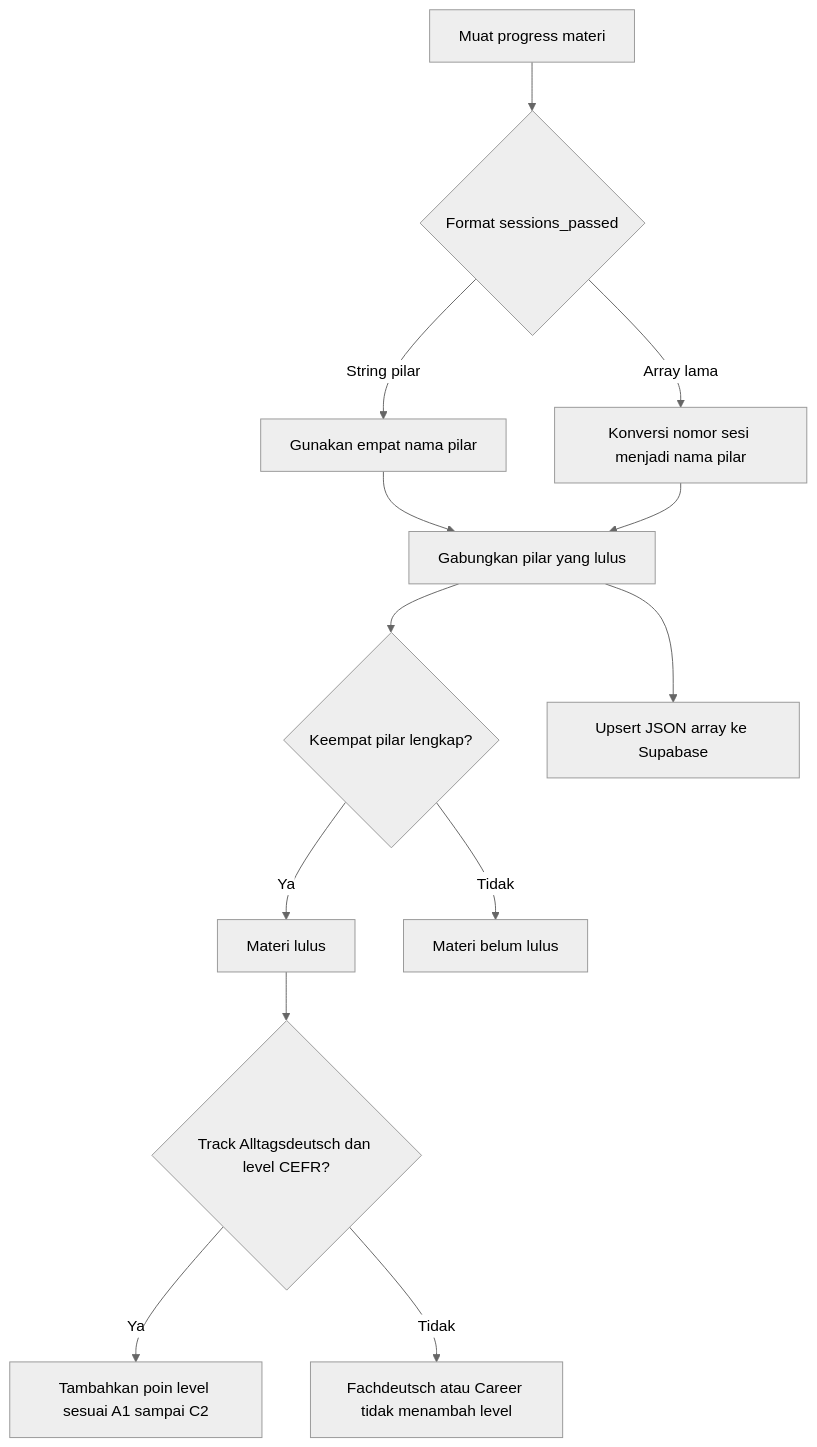
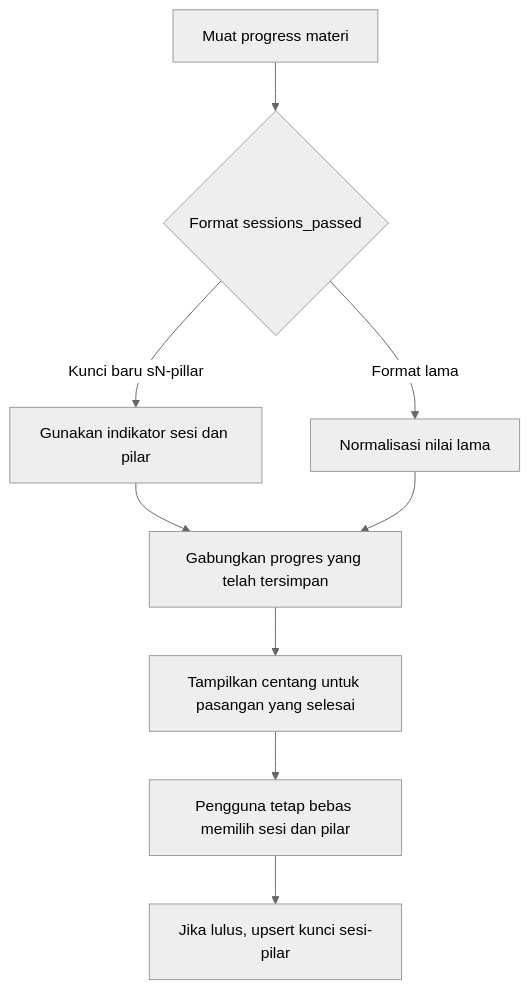
The ninth of 15 diagrams in FLOWCHART.md (nandayudhistirawibowo/NdUniverse), drawn with Mermaid (neutral theme) before and after one commit. The commit also changed other lines of this file and 6 other files, not shown here.

````diff
--- a/FLOWCHART.md
+++ b/FLOWCHART.md
@@ -139,15 +156,11 @@
 ```mermaid
 flowchart TD
     A[Muat progress materi] --> B{Format sessions_passed}
-    B -->|String pilar| C[Gunakan empat nama pilar]
-    B -->|Array lama| D[Konversi nomor sesi menjadi nama pilar]
-    C --> E[Gabungkan pilar yang lulus]
+    B -->|Kunci baru sN-pillar| C[Gunakan indikator sesi dan pilar]
+    B -->|Format lama| D[Normalisasi nilai lama]
+    C --> E[Gabungkan progres yang telah tersimpan]
     D --> E
-    E --> F{Keempat pilar lengkap?}
-    F -->|Ya| G[Materi lulus]
-    F -->|Tidak| H[Materi belum lulus]
-    G --> I{Track Alltagsdeutsch dan level CEFR?}
-    I -->|Ya| J[Tambahkan poin level sesuai A1 sampai C2]
-    I -->|Tidak| K[Fachdeutsch atau Career tidak menambah level]
-    E --> L[Upsert JSON array ke Supabase]
+    E --> F[Tampilkan centang untuk pasangan yang selesai]
+    F --> G[Pengguna tetap bebas memilih sesi dan pilar]
+    G --> H[Jika lulus, upsert kunci sesi-pilar]
 ```
````
